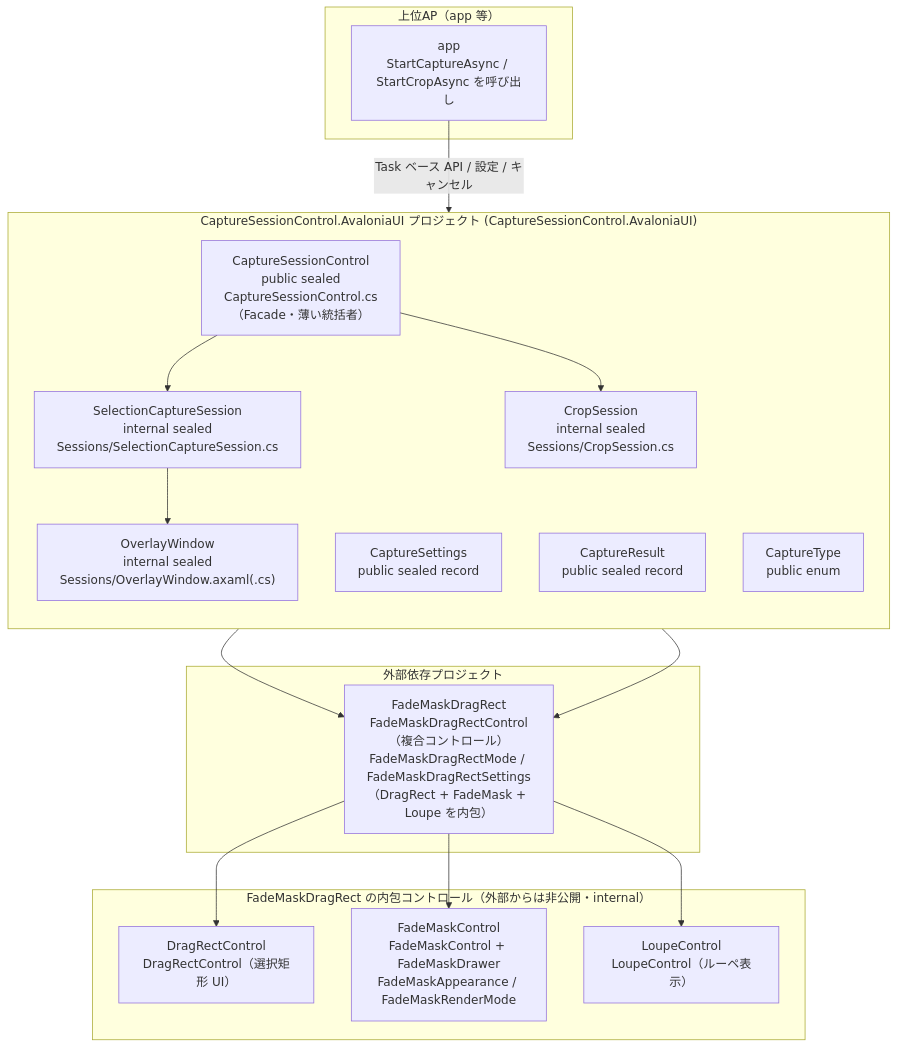
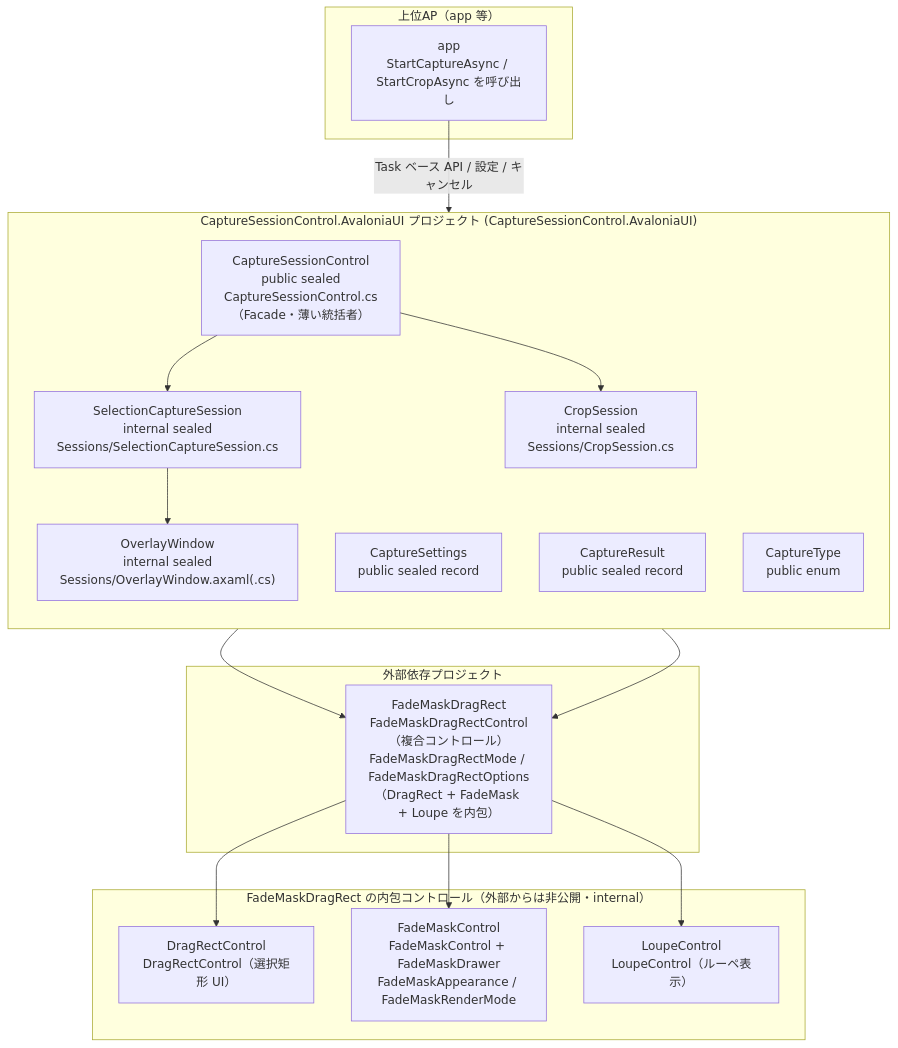
One commit to tomokuni/SaveEvidence changed the first of 2 diagrams in src/CaptureSessionControl.AvaloniaUI/SPEC_System.md. Above: the diagram before and after it, drawn with Mermaid. The commit also changed other lines of this file and 39 other files, not shown here.

````diff
--- a/src/CaptureSessionControl.AvaloniaUI/SPEC_System.md
+++ b/src/CaptureSessionControl.AvaloniaUI/SPEC_System.md
@@ -84,34 +84,34 @@
 ```mermaid
 flowchart TB
     subgraph Host["上位AP（app 等）"]
         AP["app<br/>StartCaptureAsync / StartCropAsync を呼び出し"]
     end
     subgraph SC["CaptureSessionControl.AvaloniaUI プロジェクト (CaptureSessionControl.AvaloniaUI)"]
         direction TB
         Fac["CaptureSessionControl<br/>public sealed<br/>CaptureSessionControl.cs<br/>（Facade・薄い統括者）"]
         CS["SelectionCaptureSession<br/>internal sealed<br/>Sessions/SelectionCaptureSession.cs"]
         CrS["CropSession<br/>internal sealed<br/>Sessions/CropSession.cs"]
         OW["OverlayWindow<br/>internal sealed<br/>Sessions/OverlayWindow.axaml(.cs)"]
         St["CaptureSettings<br/>public sealed record"]
         Rs["CaptureResult<br/>public sealed record"]
         Ct["CaptureType<br/>public enum"]
     end
     subgraph Dep["外部依存プロジェクト"]
-        FDR["FadeMaskDragRect<br/>FadeMaskDragRectControl（複合コントロール）<br/>FadeMaskDragRectMode / FadeMaskDragRectSettings<br/>（DragRect + FadeMask + Loupe を内包）"]
+        FDR["FadeMaskDragRect<br/>FadeMaskDragRectControl（複合コントロール）<br/>FadeMaskDragRectMode / FadeMaskDragRectOptions<br/>（DragRect + FadeMask + Loupe を内包）"]
     end
     subgraph FMCInternal["FadeMaskDragRect の内包コントロール（外部からは非公開・internal）"]
         DR["DragRectControl<br/>DragRectControl（選択矩形 UI）"]
         FM["FadeMaskControl<br/>FadeMaskControl + FadeMaskDrawer<br/>FadeMaskAppearance / FadeMaskRenderMode"]
         LP["LoupeControl<br/>LoupeControl（ルーペ表示）"]
     end
 
     AP -->|"Task ベース API / 設定 / キャンセル"| Fac
     Fac --> CS
     Fac --> CrS
     CS --> OW
     OW --> FDR
     CrS --> FDR
     FDR --> DR
     FDR --> FM
     FDR --> LP
 ```
````
